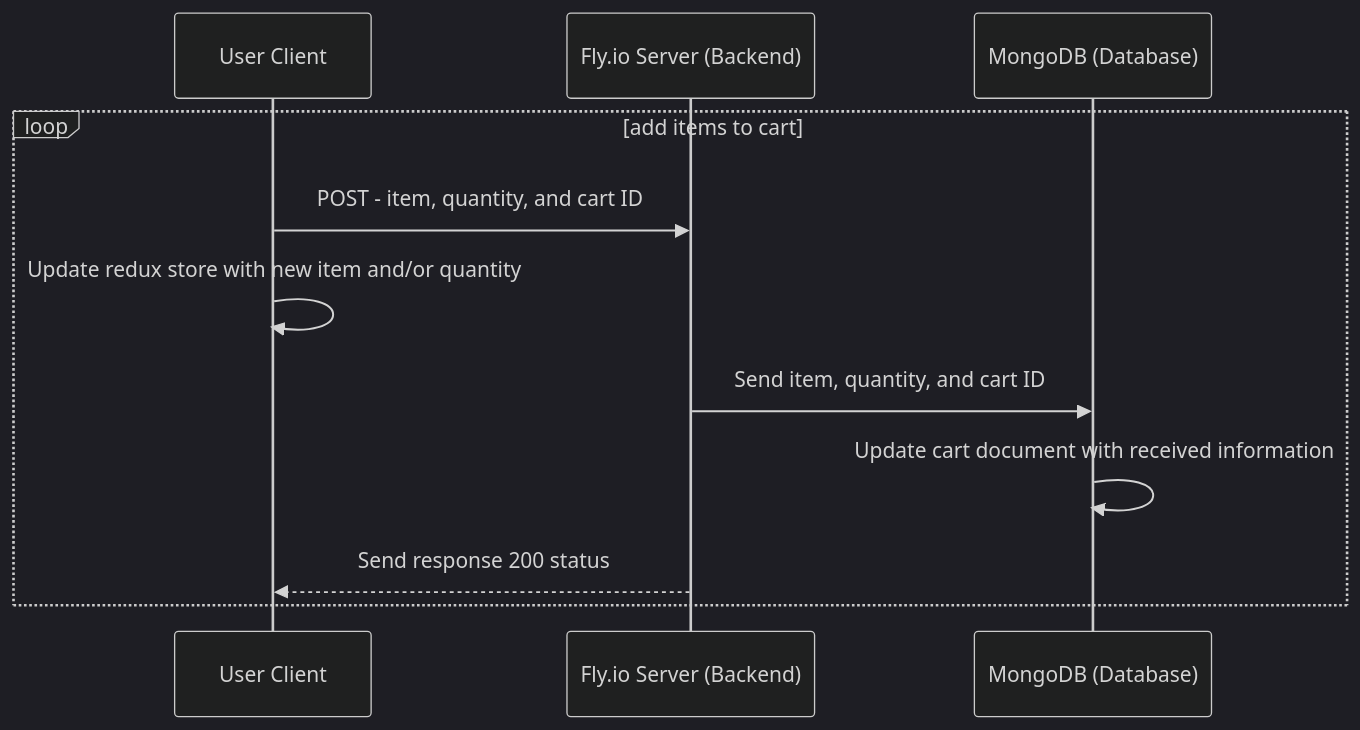
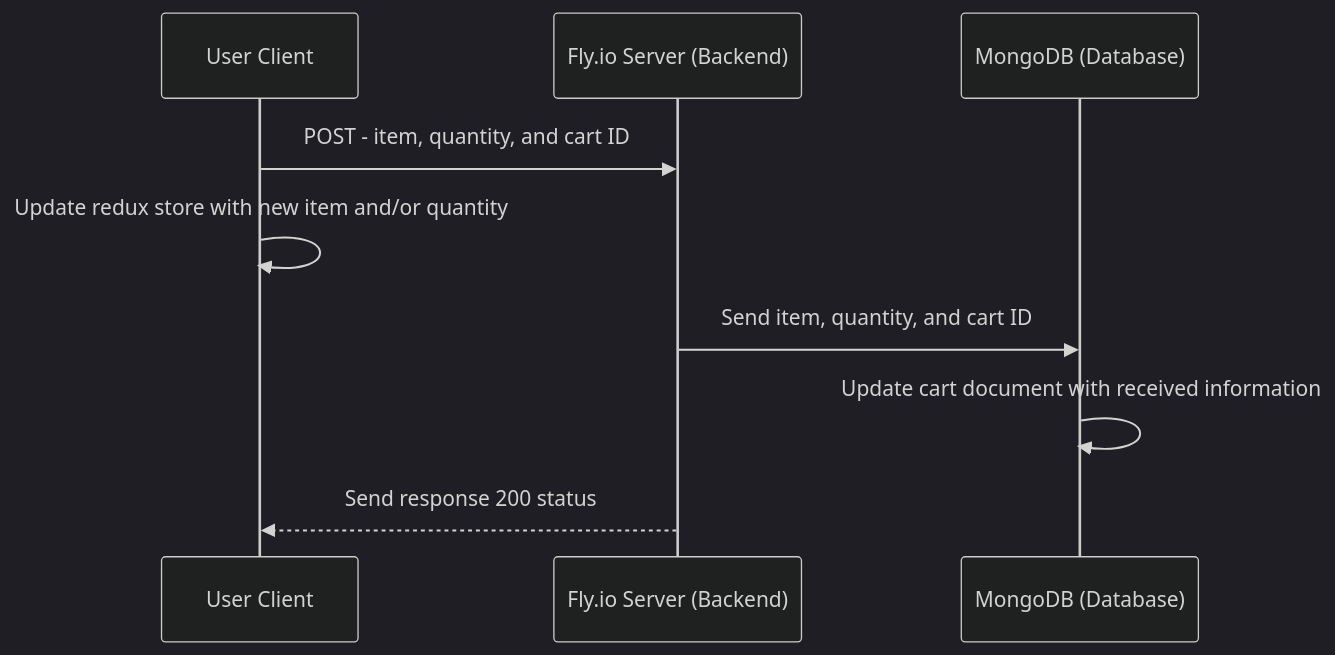
The diagram in diagrams/addItemsToCart.md (Adastros/audiophile), drawn with Mermaid (dark theme) before and after one commit.

Commit message:
Remove loop container from add to cart diagram

````diff
--- a/diagrams/addItemsToCart.md
+++ b/diagrams/addItemsToCart.md
@@ -1,14 +1,12 @@
 ```mermaid
 sequenceDiagram
 participant c as User Client
 participant b as Fly.io Server (Backend)
 participant d as MongoDB (Database)
 
-loop add items to cart
 c->>b: POST - item, quantity, and cart ID
 c->>c: Update redux store with new item and/or quantity
 b->>d: Send item, quantity, and cart ID
 d->>d: Update cart document with received information
 b-->>c: Send response 200 status
-end
 ```
````
